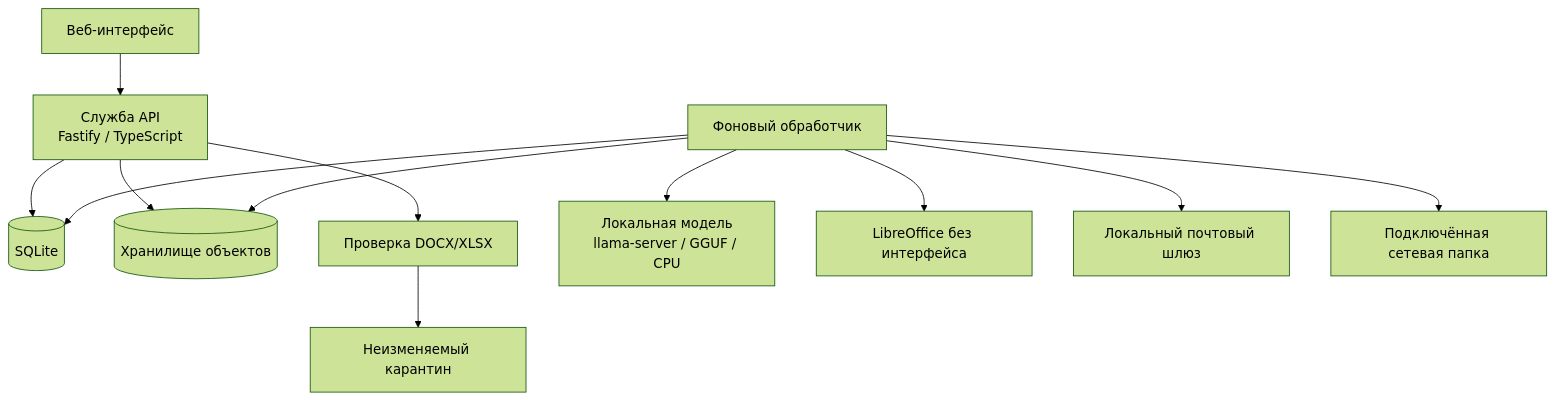
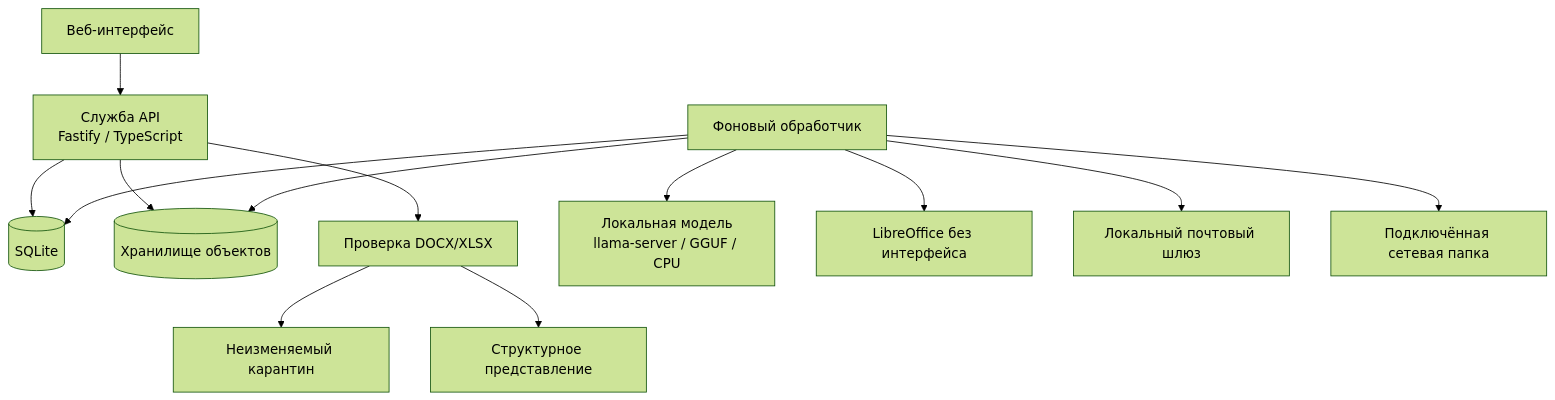
Before and after one commit to f2re/docomator: the diagram in README.md, drawn with Mermaid (forest theme). The commit also changed other lines of this file, not shown here.

Commit message:
update README for document structure milestone

````diff
--- a/README.md
+++ b/README.md
@@ -151,14 +163,15 @@
 ```mermaid
 flowchart TB
     UI[Веб-интерфейс] --> API[Служба API\nFastify / TypeScript]
     API --> DB[(SQLite)]
     API --> OBJECTS[(Хранилище объектов)]
     API --> INTAKE[Проверка DOCX/XLSX]
     INTAKE --> QUARANTINE[Неизменяемый карантин]
+    INTAKE --> STRUCTURE[Структурное представление]
     WORKER[Фоновый обработчик] --> DB
     WORKER --> OBJECTS
     WORKER --> LLM[Локальная модель\nllama-server / GGUF / CPU]
     WORKER --> LO[LibreOffice без интерфейса]
     WORKER --> SMTP[Локальный почтовый шлюз]
     WORKER --> SHARE[Подключённая сетевая папка]
 ```
````
